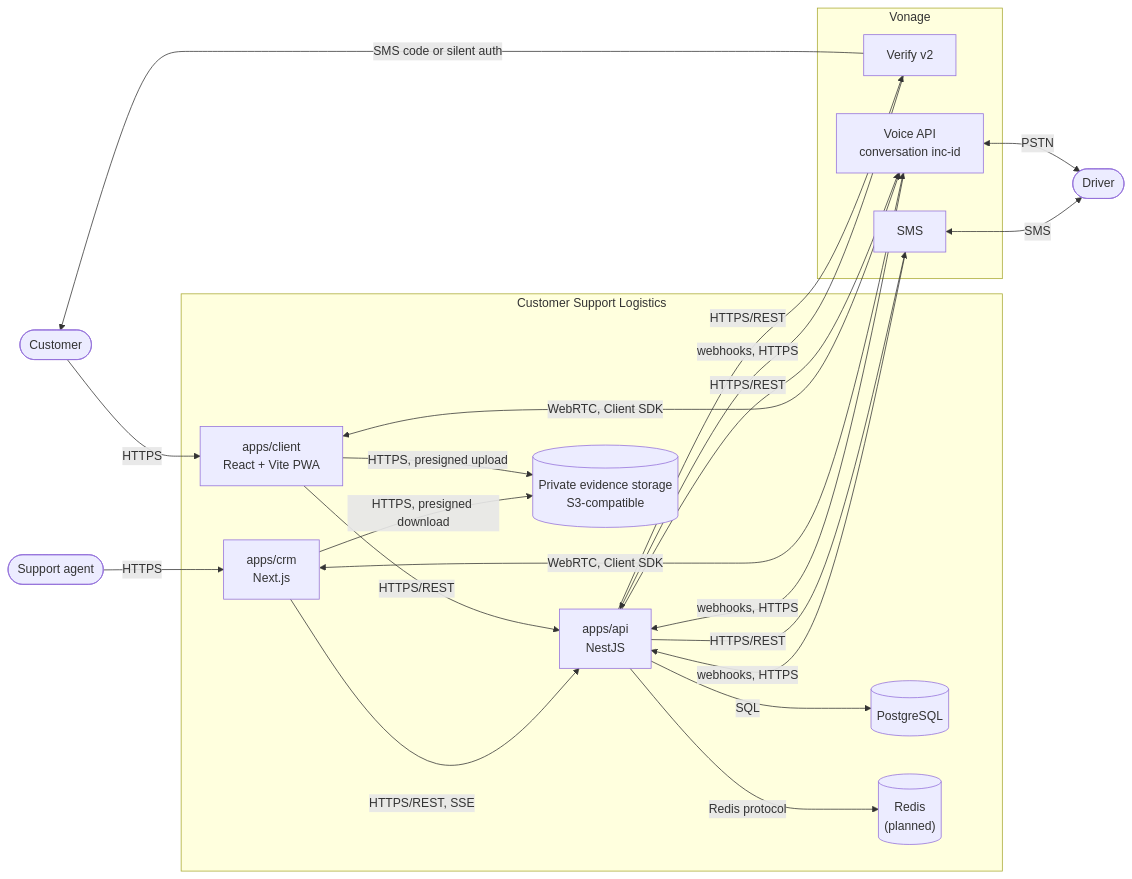
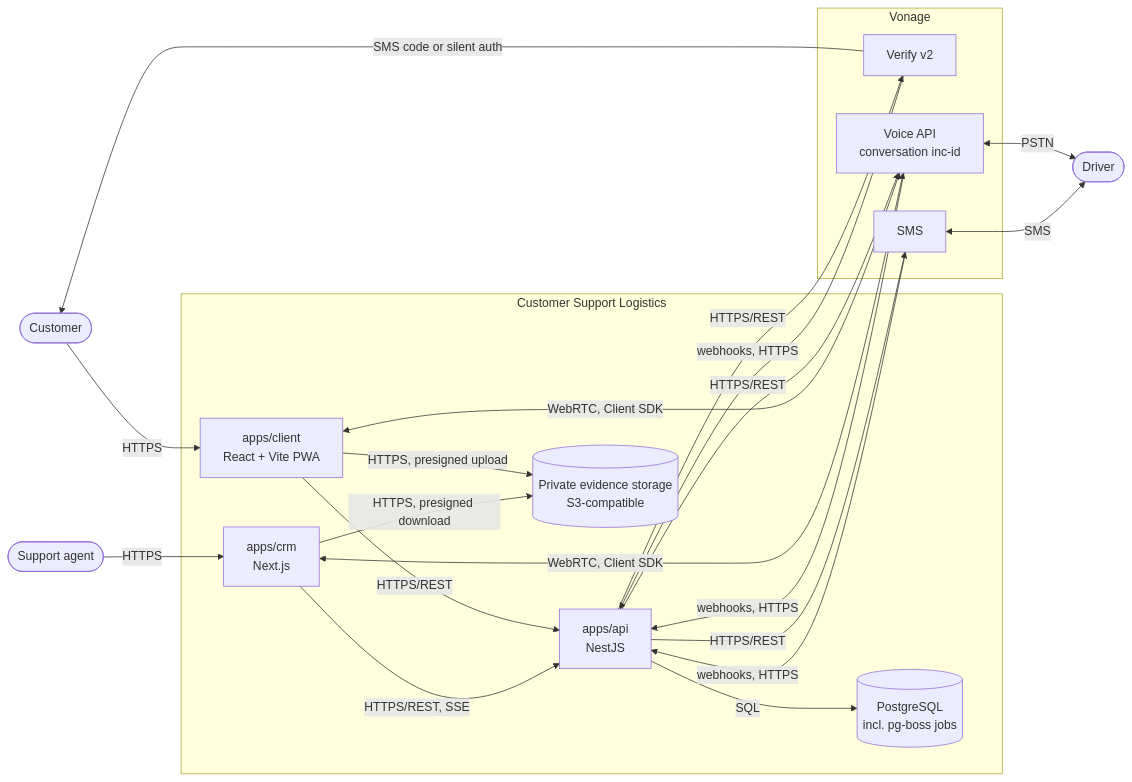
The second of 3 diagrams in docs/architecture/README.md (femCodersClub-vonage-program/customer-support-logistics), drawn with Mermaid before and after one commit. The commit also changed other lines of this file and 48 other files, not shown here.

````diff
--- a/docs/architecture/README.md
+++ b/docs/architecture/README.md
@@ -35,41 +35,39 @@
 ```mermaid
 flowchart LR
   customer(["Customer"])
   agent(["Support agent"])
   driver(["Driver"])
 
   subgraph csl["Customer Support Logistics"]
     client["apps/client<br/>React + Vite PWA"]
     crm["apps/crm<br/>Next.js"]
     api["apps/api<br/>NestJS"]
-    db[("PostgreSQL")]
-    redis[("Redis<br/>(planned)")]
+    db[("PostgreSQL<br/>incl. pg-boss jobs")]
     storage[("Private evidence storage<br/>S3-compatible")]
   end
 
   subgraph vonage["Vonage"]
     verify["Verify v2"]
     sms["SMS"]
     voice["Voice API<br/>conversation inc-id"]
   end
 
   customer -->|HTTPS| client
   agent -->|HTTPS| crm
   client -->|"HTTPS/REST"| api
   crm -->|"HTTPS/REST, SSE"| api
   client -->|"HTTPS, presigned upload"| storage
   crm -->|"HTTPS, presigned download"| storage
   api -->|SQL| db
-  api -->|"Redis protocol"| redis
   api -->|"HTTPS/REST"| verify
   api -->|"HTTPS/REST"| sms
   api -->|"HTTPS/REST"| voice
   verify -->|"webhooks, HTTPS"| api
   sms -->|"webhooks, HTTPS"| api
   voice -->|"webhooks, HTTPS"| api
   client <-->|"WebRTC, Client SDK"| voice
   crm <-->|"WebRTC, Client SDK"| voice
   voice <-->|PSTN| driver
   sms <-->|SMS| driver
   verify -->|"SMS code or silent auth"| customer
 ```
````
